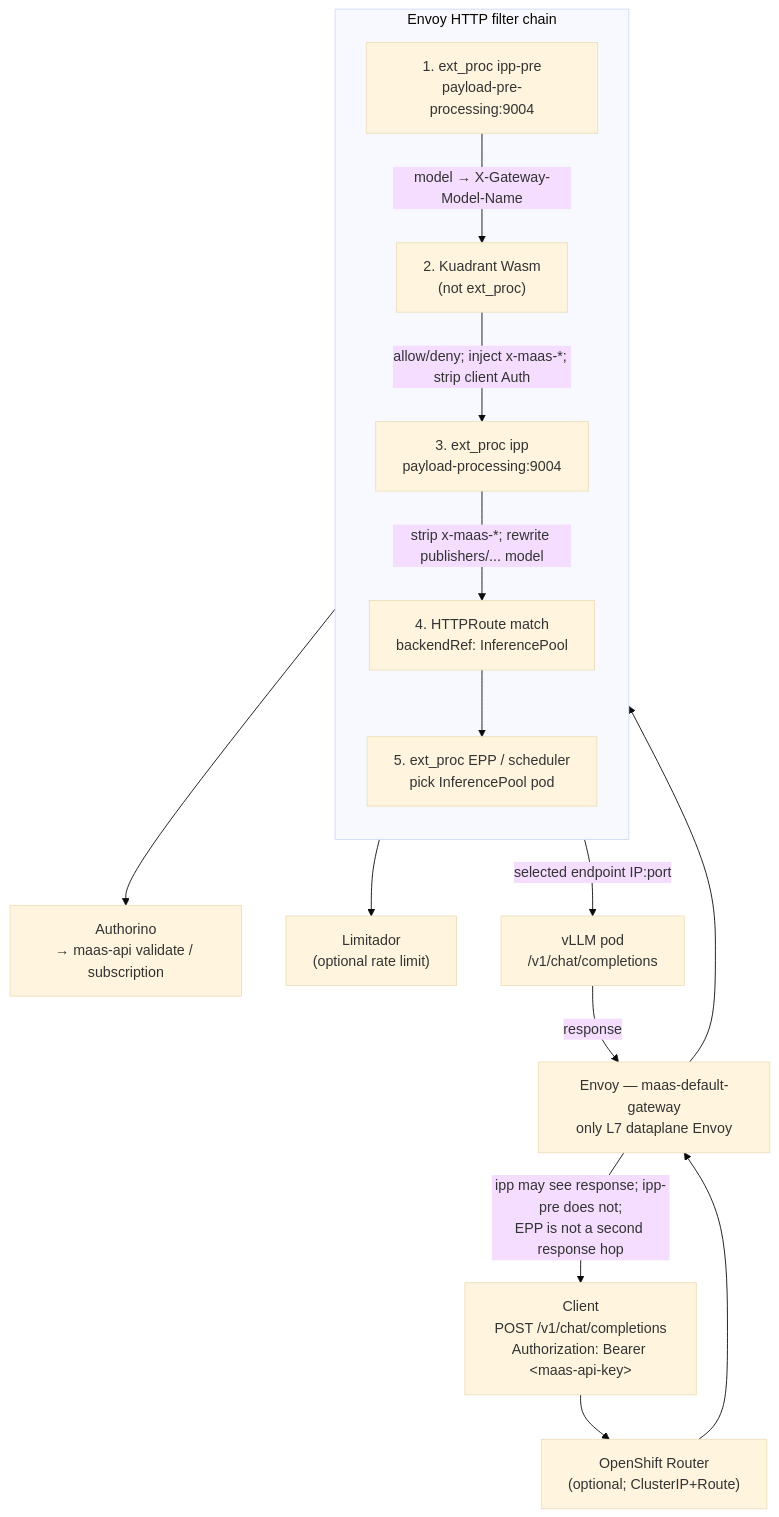
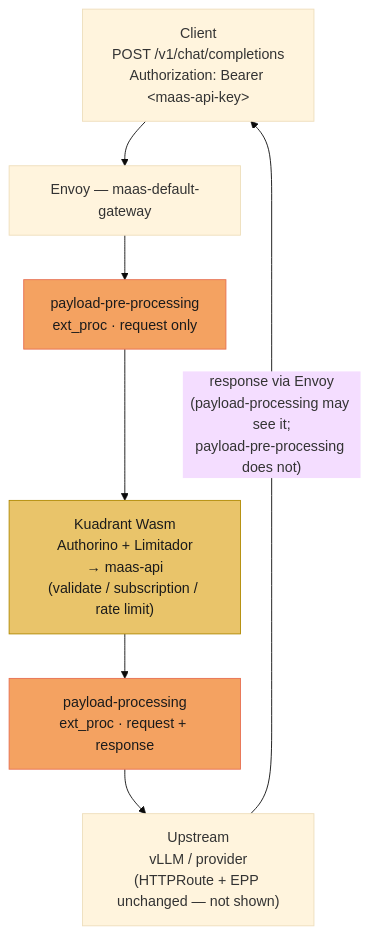
The first of 3 diagrams in docs/praxis-dataplane-evolution.md (jland-redhat/ai-gateway-controller), drawn with Mermaid (base theme) before and after one commit. The commit also changed other lines of this file, not shown here.

First line of the commit message:
docs: simplify Praxis dataplane evolution diagrams

````diff
--- a/docs/praxis-dataplane-evolution.md
+++ b/docs/praxis-dataplane-evolution.md
@@ -30,31 +45,18 @@
 ```mermaid
 flowchart TB
   Client["Client<br/>POST /v1/chat/completions<br/>Authorization: Bearer &lt;maas-api-key&gt;"]
-  Router["OpenShift Router<br/>(optional; ClusterIP+Route)"]
-  Envoy["Envoy — maas-default-gateway<br/>only L7 dataplane Envoy"]
+  Envoy["Envoy — maas-default-gateway"]
 
-  subgraph filters ["Envoy HTTP filter chain"]
-    direction TB
-    IPPPre["1. ext_proc ipp-pre<br/>payload-pre-processing:9004"]
-    Kuadrant["2. Kuadrant Wasm<br/>(not ext_proc)"]
-    IPP["3. ext_proc ipp<br/>payload-processing:9004"]
-    Route["4. HTTPRoute match<br/>backendRef: InferencePool"]
-    EPP["5. ext_proc EPP / scheduler<br/>pick InferencePool pod"]
-  end
+  Pre["payload-pre-processing<br/>ext_proc · request only"]
+  Auth["Kuadrant Wasm<br/>Authorino + Limitador<br/>→ maas-api<br/>(validate / subscription / rate limit)"]
+  Full["payload-processing<br/>ext_proc · request + response"]
+  Upstream["Upstream<br/>vLLM / provider<br/>(HTTPRoute + EPP unchanged — not shown)"]
 
-  Authorino["Authorino<br/>→ maas-api validate / subscription"]
-  Limitador["Limitador<br/>(optional rate limit)"]
-  Upstream["vLLM pod<br/>/v1/chat/completions"]
+  Client --> Envoy --> Pre --> Auth --> Full --> Upstream
+  Upstream -->|"response via Envoy<br/>(payload-processing may see it;<br/>payload-pre-processing does not)"| Client
 
-  Client --> Router --> Envoy
-  Envoy --> IPPPre
-  IPPPre -->|"model → X-Gateway-Model-Name"| Kuadrant
-  Kuadrant --> Authorino
-  Kuadrant --> Limitador
-  Kuadrant -->|"allow/deny; inject x-maas-*; strip client Auth"| IPP
-  IPP -->|"strip x-maas-*; rewrite publishers/... model"| Route
-  Route --> EPP
-  EPP -->|"selected endpoint IP:port"| Upstream
-  Upstream -->|"response"| Envoy
-  Envoy -->|"ipp may see response; ipp-pre does not;<br/>EPP is not a second response hop"| Client
+  classDef ipp fill:#f4a261,stroke:#e76f51,color:#1b1b1b
+  classDef kuadrant fill:#e9c46a,stroke:#b08900,color:#1b1b1b
+  class Pre,Full ipp
+  class Auth kuadrant
 ```
````
